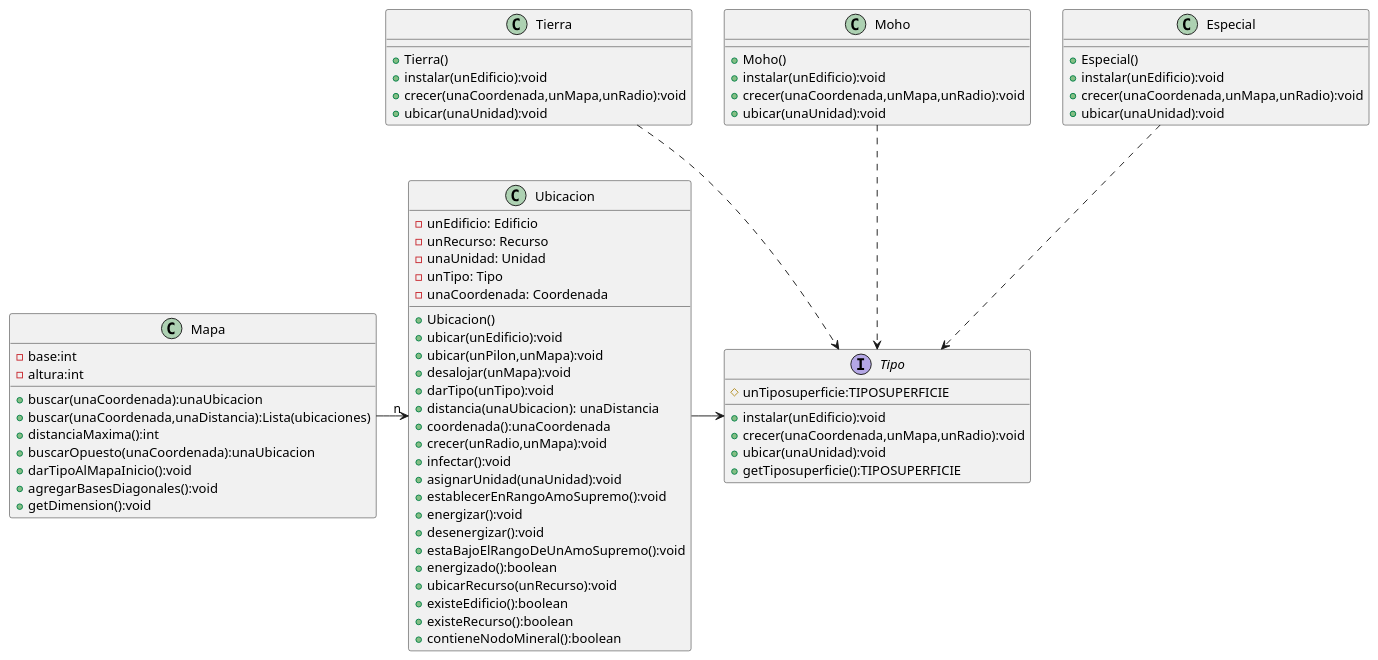
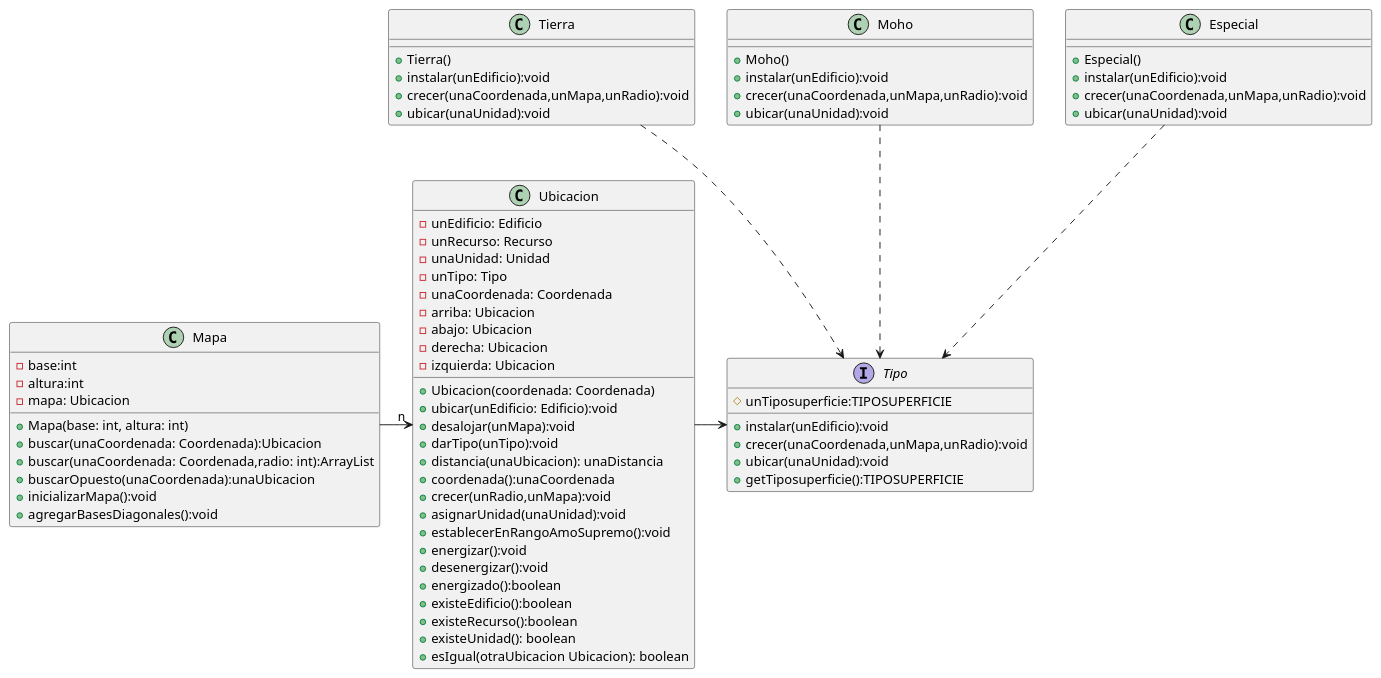
The diagram in diagrams/classes/Mapa.puml (nicolasgirardi/algo3_TP2_AlgoStar), drawn with PlantUML before and after one commit. The commit also changed 4 other files, not shown here.

Commit message:
actualizo diagramas de clase

```diff
--- a/diagrams/classes/Mapa.puml
+++ b/diagrams/classes/Mapa.puml
@@ -1,79 +1,82 @@
 @startuml
 'https://plantuml.com/sequence-diagram
 
 class Mapa{
     -base:int
     -altura:int
-    +buscar(unaCoordenada):unaUbicacion
-    +buscar(unaCoordenada,unaDistancia):Lista(ubicaciones)
-    +distanciaMaxima():int
+    -mapa: Ubicacion
+
+    +Mapa(base: int, altura: int)
+    +buscar(unaCoordenada: Coordenada):Ubicacion
+    +buscar(unaCoordenada: Coordenada,radio: int):ArrayList
     +buscarOpuesto(unaCoordenada):unaUbicacion
-    +darTipoAlMapaInicio():void
+    +inicializarMapa():void
     +agregarBasesDiagonales():void
-    +getDimension():void
 
 
 }
 
 class Ubicacion{
     -unEdificio: Edificio
     -unRecurso: Recurso
     -unaUnidad: Unidad
     -unTipo: Tipo
     -unaCoordenada: Coordenada
+    -arriba: Ubicacion
+    -abajo: Ubicacion
+    -derecha: Ubicacion
+    -izquierda: Ubicacion
 
-    +Ubicacion()
-    +ubicar(unEdificio):void
-    +ubicar(unPilon,unMapa):void
+
+    +Ubicacion(coordenada: Coordenada)
+    +ubicar(unEdificio: Edificio):void
     +desalojar(unMapa):void
     +darTipo(unTipo):void
     +distancia(unaUbicacion): unaDistancia
     +coordenada():unaCoordenada
     +crecer(unRadio,unMapa):void
-    +infectar():void
     +asignarUnidad(unaUnidad):void
     +establecerEnRangoAmoSupremo():void
     +energizar():void
     +desenergizar():void
-    +estaBajoElRangoDeUnAmoSupremo():void
     +energizado():boolean
-    +ubicarRecurso(unRecurso):void
     +existeEdificio():boolean
     +existeRecurso():boolean
-    +contieneNodoMineral():boolean
+    +existeUnidad(): boolean
+    +esIgual(otraUbicacion Ubicacion): boolean
 
 }
 
 interface Tipo {
     #unTiposuperficie:TIPOSUPERFICIE
     +instalar(unEdificio):void
     +crecer(unaCoordenada,unMapa,unRadio):void
     +ubicar(unaUnidad):void
     +getTiposuperficie():TIPOSUPERFICIE
 }
 
 class Tierra{
      +Tierra()
      +instalar(unEdificio):void
      +crecer(unaCoordenada,unMapa,unRadio):void
      +ubicar(unaUnidad):void
 }
 class Moho{
      +Moho()
      +instalar(unEdificio):void
      +crecer(unaCoordenada,unMapa,unRadio):void
      +ubicar(unaUnidad):void
 }
 class Especial{
      +Especial()
      +instalar(unEdificio):void
      +crecer(unaCoordenada,unMapa,unRadio):void
      +ubicar(unaUnidad):void
 }
 
 Mapa -> "n" Ubicacion
 Ubicacion -> Tipo
 Tierra ..> Tipo
 Moho ..> Tipo
 Especial ..> Tipo
 @enduml
```
